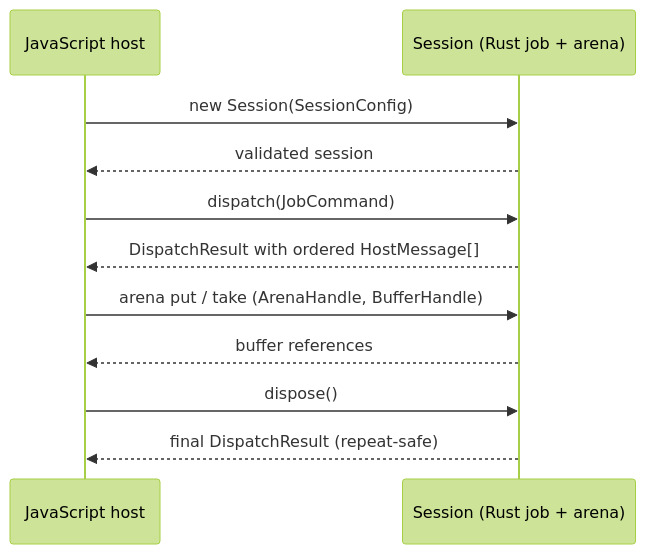
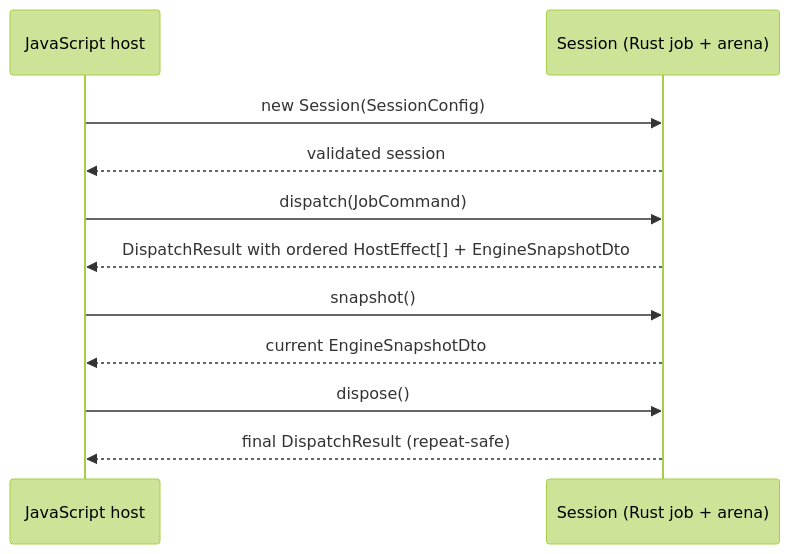
One commit to lovasoa/dezoomify changed the first of 2 diagrams in docs/protocol.md. Above: the diagram before and after it, drawn with Mermaid (forest theme). The commit also changed other lines of this file and 17 other files, not shown here.

Commit message:
Phase D7: delete engine test event-fold; direct snapshot reads; DirectArgs rename; doc contract fixes

````diff
--- a/docs/protocol.md
+++ b/docs/protocol.md
@@ -11,13 +11,13 @@
 ```mermaid
 sequenceDiagram
     participant JS as JavaScript host
     participant S as Session (Rust job + arena)
     JS->>S: new Session(SessionConfig)
     S-->>JS: validated session
     JS->>S: dispatch(JobCommand)
-    S-->>JS: DispatchResult with ordered HostMessage[]
-    JS->>S: arena put / take (ArenaHandle, BufferHandle)
-    S-->>JS: buffer references
+    S-->>JS: DispatchResult with ordered HostEffect[] + EngineSnapshotDto
+    JS->>S: snapshot()
+    S-->>JS: current EngineSnapshotDto
     JS->>S: dispose()
     S-->>JS: final DispatchResult (repeat-safe)
 ```
````
